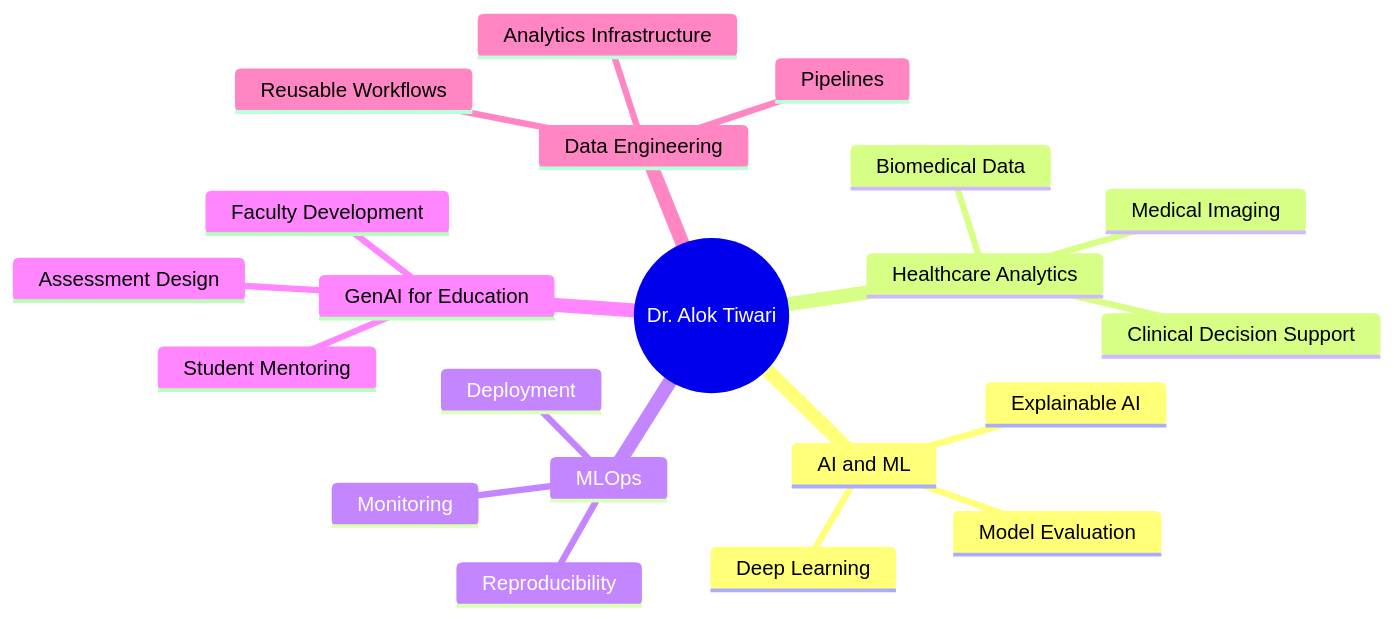
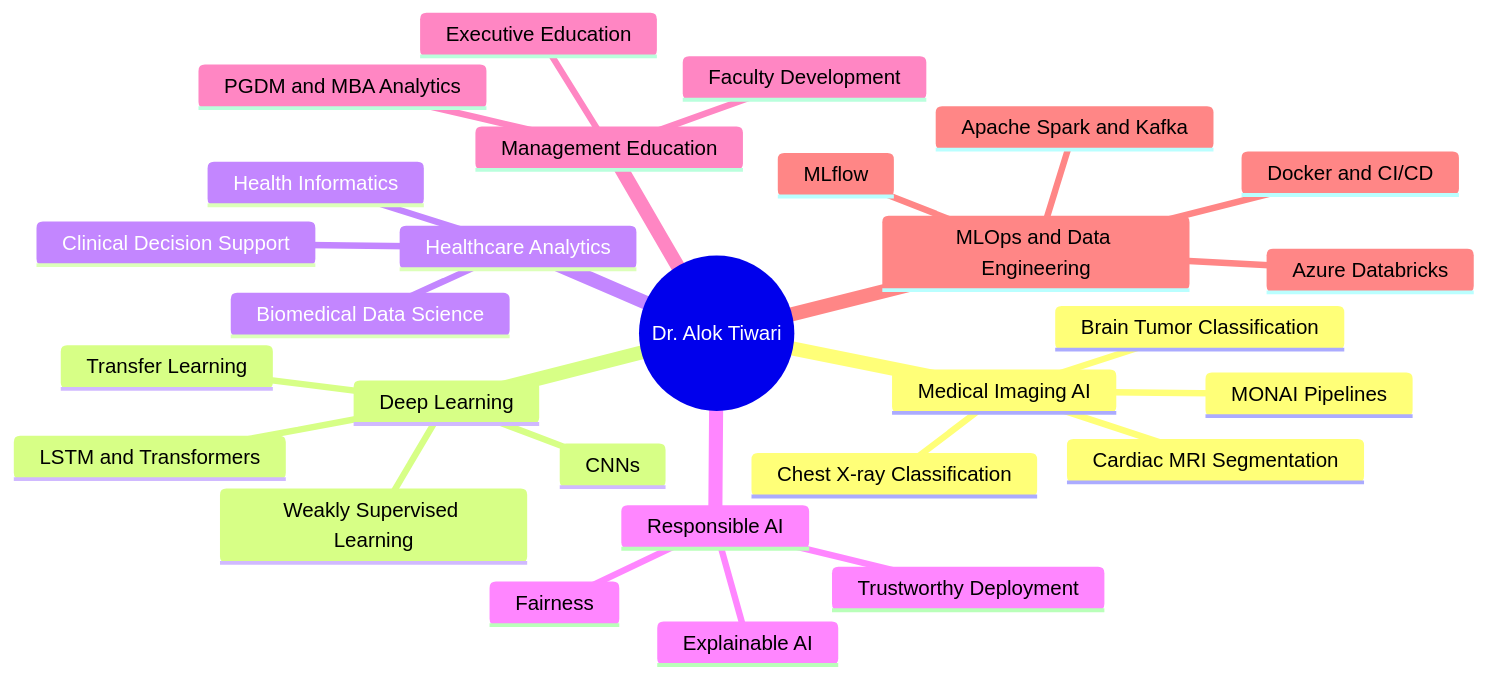
The diagram in README.md (dr-alok-tiwari/dr-alok-tiwari), drawn with Mermaid before and after one commit. The commit also changed other lines of this file, not shown here.

````diff
--- a/README.md
+++ b/README.md
@@ -91,24 +119,31 @@
 ```mermaid
 mindmap
   root((Dr. Alok Tiwari))
-    AI and ML
-      Deep Learning
+    Medical Imaging AI
+      Chest X-ray Classification
+      Cardiac MRI Segmentation
+      Brain Tumor Classification
+      MONAI Pipelines
+    Deep Learning
+      Transfer Learning
+      Weakly Supervised Learning
+      CNNs
+      LSTM and Transformers
+    Healthcare Analytics
+      Clinical Decision Support
+      Health Informatics
+      Biomedical Data Science
+    Responsible AI
       Explainable AI
-      Model Evaluation
-    Healthcare Analytics
-      Medical Imaging
-      Clinical Decision Support
-      Biomedical Data
-    MLOps
-      Deployment
-      Monitoring
-      Reproducibility
-    GenAI for Education
-      Assessment Design
+      Fairness
+      Trustworthy Deployment
+    Management Education
+      PGDM and MBA Analytics
+      Executive Education
       Faculty Development
-      Student Mentoring
-    Data Engineering
-      Pipelines
-      Analytics Infrastructure
-      Reusable Workflows
+    MLOps and Data Engineering
+      Docker and CI/CD
+      MLflow
+      Apache Spark and Kafka
+      Azure Databricks
 ```
````
